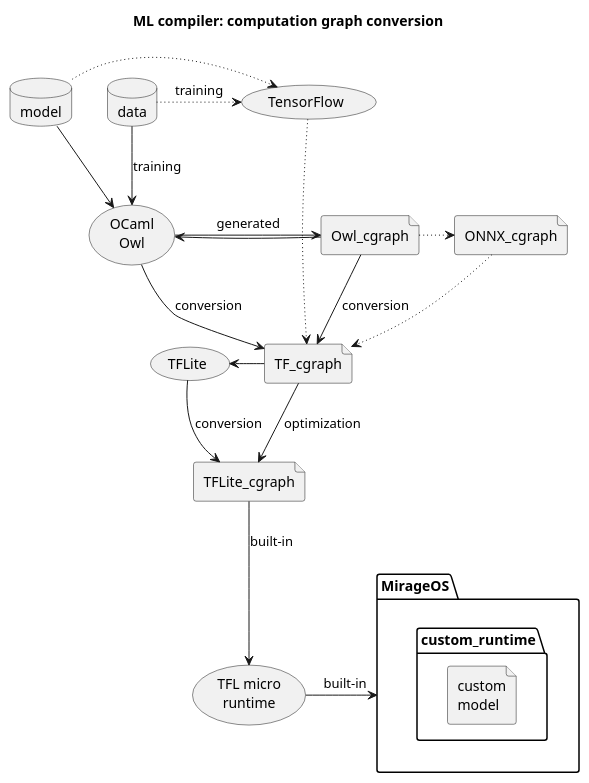
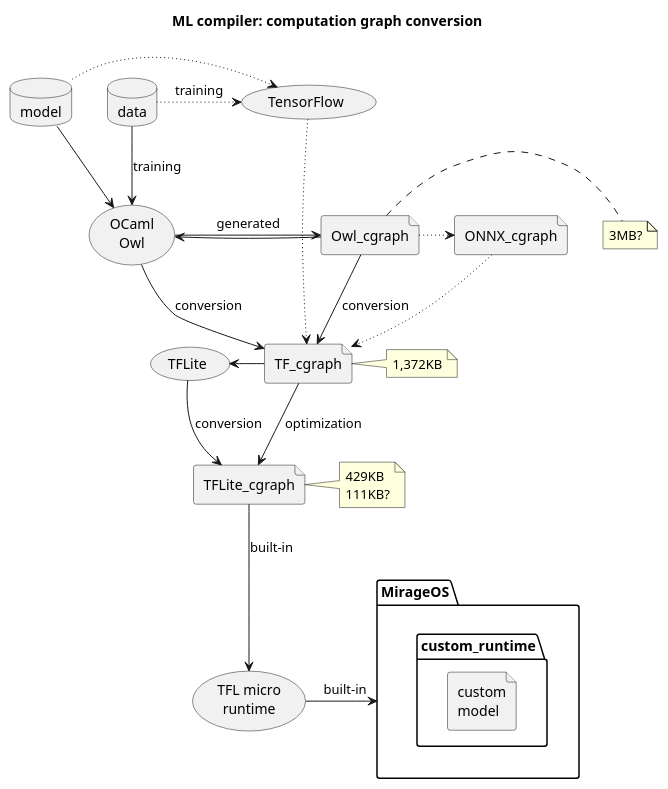
The diagram in convert-uc.puml (doyu/elc2019), drawn with PlantUML before and after one commit. The commit also changed 1 other file, not shown here.

```diff
--- a/convert-uc.puml
+++ b/convert-uc.puml
@@ -1,34 +1,37 @@
 @startuml
 title ML compiler: computation graph conversion
 
 database model
 database data
 file Owl_cgraph
+note right of Owl_cgraph : 3MB?
 file TF_cgraph
+note right of TF_cgraph : 1,372KB
 file TFLite_cgraph
+note right of TFLite_cgraph : 429KB\n111KB?
 file ONNX_cgraph
 folder MirageOS {
         folder custom_runtime {
         	file "custom\nmodel"
 	}
 }
 
 Owl_cgraph -down-> TF_cgraph : conversion
 Owl_cgraph .[dotted]> ONNX_cgraph
 ONNX_cgraph .[dotted]> TF_cgraph
 model .[dotted]> (TensorFlow)
 data .[dotted]> (TensorFlow) : training
 (TensorFlow) .[dotted]> TF_cgraph
 TF_cgraph -down-> TFLite_cgraph : optimization
 TFLite_cgraph -down-> (TFL micro\nruntime) : built-in
 (TFL micro\nruntime) -> MirageOS : built-in
 
 model -down-> (OCaml\nOwl)
 data -down-> (OCaml\nOwl) : training
 (OCaml\nOwl) -> Owl_cgraph : generated
 (OCaml\nOwl) <- Owl_cgraph
 (OCaml\nOwl) -> TF_cgraph : conversion
 (TFLite) <- TF_cgraph
 (TFLite) -> TFLite_cgraph : conversion
 
 @enduml
```
